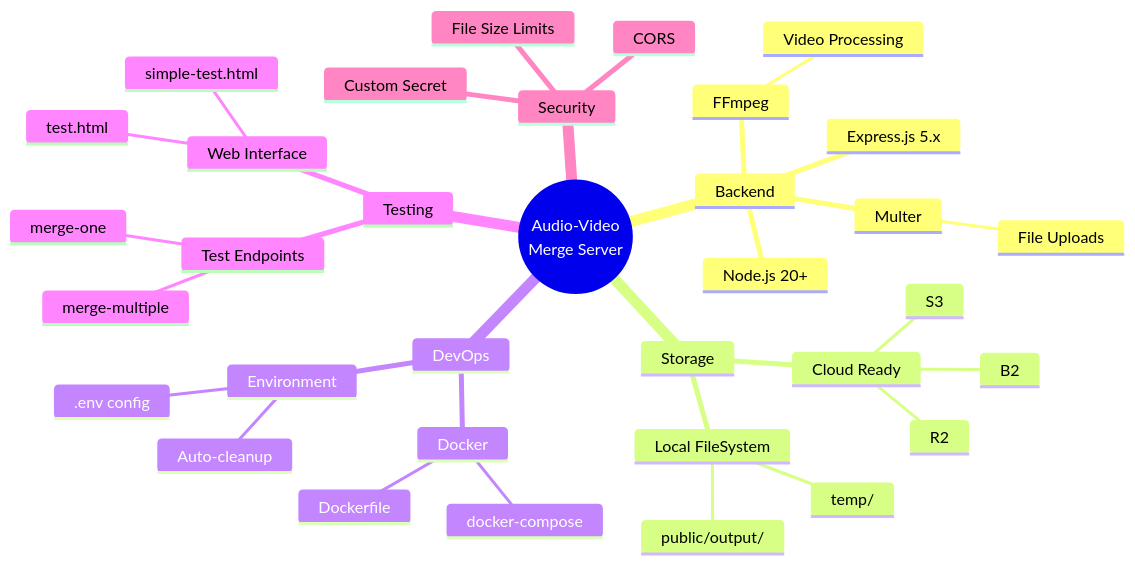
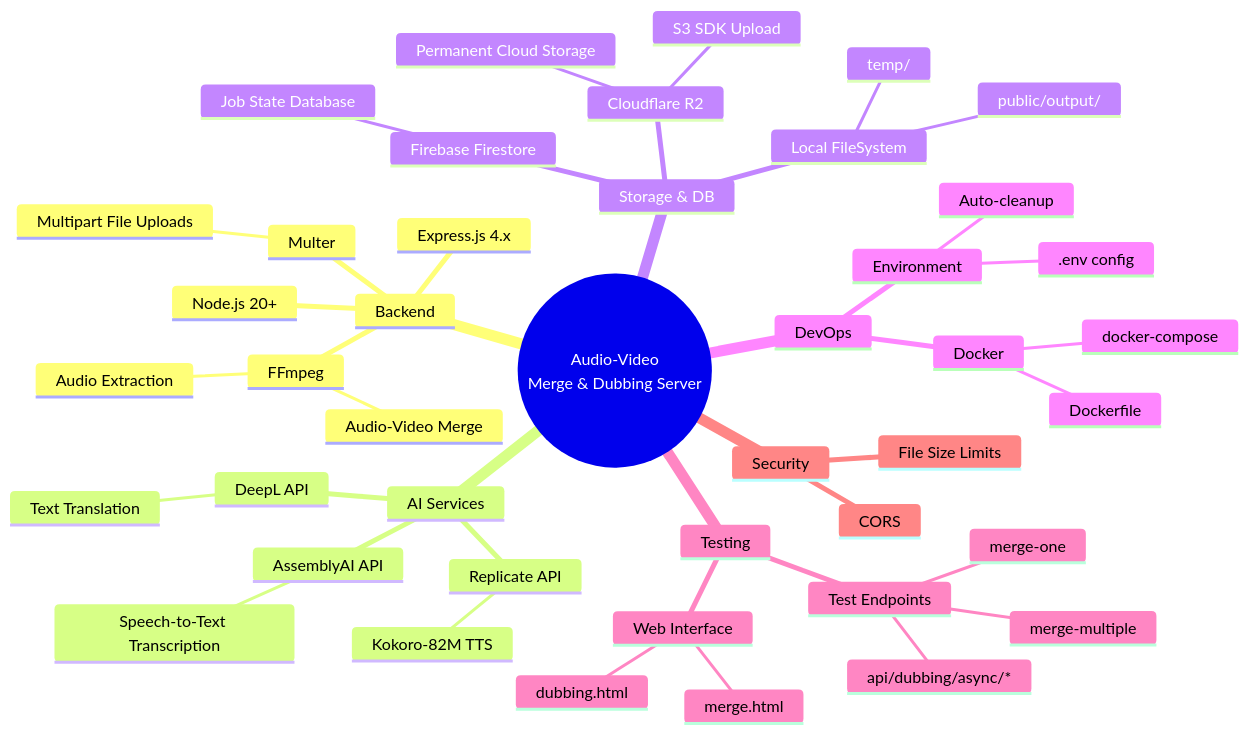
One commit to Tetsuuya/Audio-Video-Merge-Server changed diagram 11 of 11 in erd.md. Above: the diagram before and after it, drawn with Mermaid. The commit also changed other lines of this file and 2 other files, not shown here.

````diff
--- a/erd.md
+++ b/erd.md
@@ -379,37 +525,46 @@
 ```mermaid
 mindmap
-  root((Audio-Video<br/>Merge Server))
+  root((Audio-Video<br/>Merge & Dubbing Server))
     Backend
       Node.js 20+
-      Express.js 5.x
+      Express.js 4.x
       Multer
-        File Uploads
+        Multipart File Uploads
       FFmpeg
-        Video Processing
-    Storage
+        Audio Extraction
+        Audio-Video Merge
+    AI Services
+      AssemblyAI API
+        Speech-to-Text Transcription
+      DeepL API
+        Text Translation
+      Replicate API
+        Kokoro-82M TTS
+    Storage & DB
+      Cloudflare R2
+        S3 SDK Upload
+        Permanent Cloud Storage
+      Firebase Firestore
+        Job State Database
       Local FileSystem
         temp/
         public/output/
-      Cloud Ready
-        S3
-        R2
-        B2
     DevOps
       Docker
         Dockerfile
         docker-compose
       Environment
         .env config
         Auto-cleanup
     Testing
       Test Endpoints
         merge-one
         merge-multiple
+        api/dubbing/async/*
       Web Interface
-        test.html
-        simple-test.html
+        dubbing.html
+        merge.html
     Security
-      Custom Secret
       CORS
       File Size Limits
 ```
````
